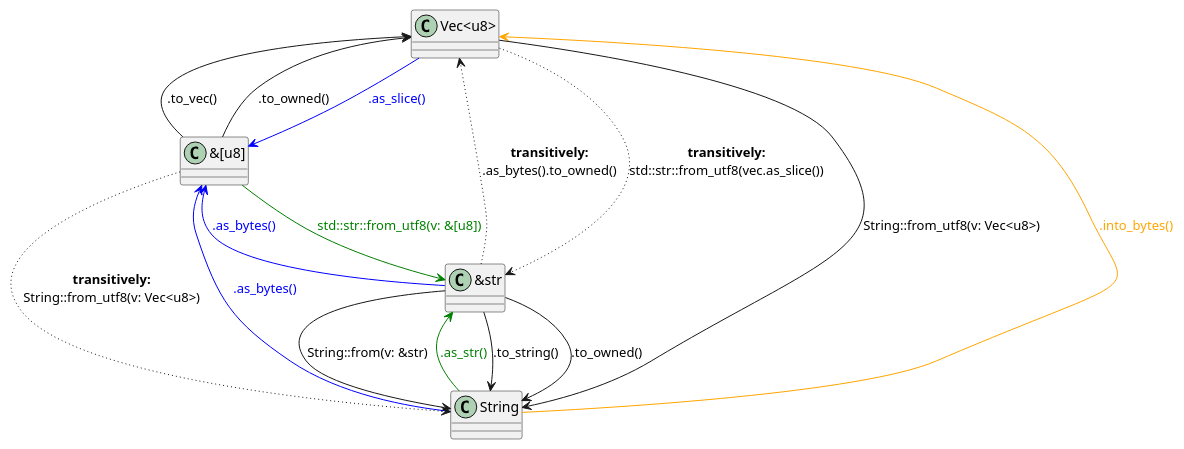
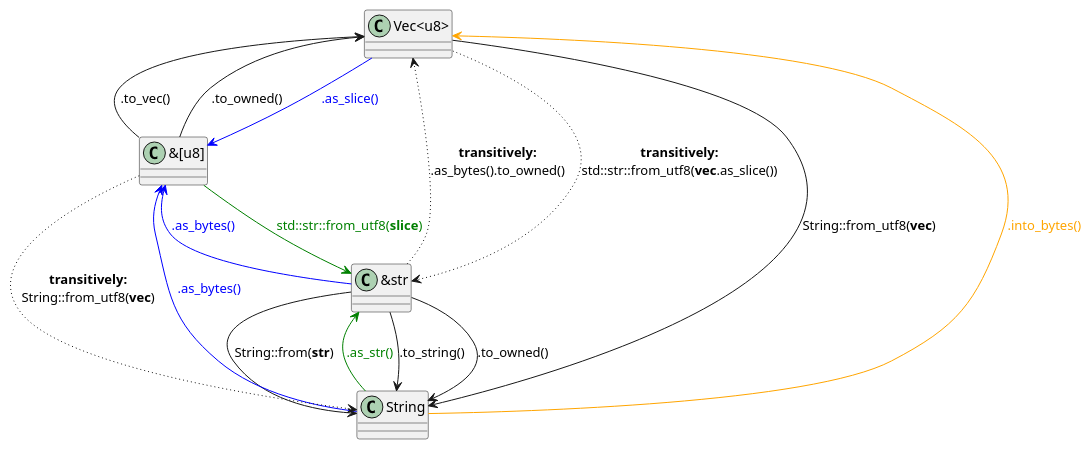
The diagram in collections/uml/conversions-strings-slices-vec.puml (carmenere/easy-rust), drawn with PlantUML before and after one commit.

Commit message:
iterators

```diff
--- a/collections/uml/conversions-strings-slices-vec.puml
+++ b/collections/uml/conversions-strings-slices-vec.puml
@@ -1,52 +1,52 @@
 @startuml
 allow_mixing
 
 class "Vec<u8>"
 class "&[u8]"
 class "String"
 class "&str"
 
 ''''''''''''''''''''''''''''''''''''''''''''''''
 'String -> ...
 ''''''''''''''''''''''''''''''''''''''''''''''''
 'String -> &str
 "String" -[#green]-> "&str" : <color:green>.as_str()</color>
 'String -> &[u8]
 "String" -[#blue]-> "&[u8]" : <color:blue>.as_bytes()</color>
 'String -> Vec<u8>
 "String" -[#orange]-> "Vec<u8>" : <color:orange>.into_bytes()</color>
 
 ''''''''''''''''''''''''''''''''''''''''''''''''
 '&str ->
 ''''''''''''''''''''''''''''''''''''''''''''''''
 '&str -> String
-"&str" --> "String" : String::from(v: &str)
+"&str" --> "String" : String::from(<b>str</b>)
 "&str" --> "String" : .to_string()
 "&str" --> "String" : .to_owned()
 '&str -> &[u8]
 "&str" -[#blue]-> "&[u8]" : <color:blue>.as_bytes()</color>
 '&str -> Vec<u8>
 "&str" -[dotted]-> "Vec<u8>" : <b>transitively:</b>\n.as_bytes().to_owned()
 
 ''''''''''''''''''''''''''''''''''''''''''''''''
 '&[u8] ->
 ''''''''''''''''''''''''''''''''''''''''''''''''
 '&[u8] -> Vec<u8>
 "&[u8]" --> "Vec<u8>" : .to_vec()
 "&[u8]" --> "Vec<u8>" : .to_owned()
 '&[u8] -> &str
-"&[u8]" -[#green]-> "&str" : <color:green>std::str::from_utf8(v: &[u8])</color>
+"&[u8]" -[#green]-> "&str" : <color:green>std::str::from_utf8(<b>slice</b>)</color>
 '&[u8] -> String
-"&[u8]" -[dotted]-> "String" : <b>transitively:</b>\nString::from_utf8(v: Vec<u8>)
+"&[u8]" -[dotted]-> "String" : <b>transitively:</b>\nString::from_utf8(<b>vec</b>)
 
 ''''''''''''''''''''''''''''''''''''''''''''''''
 'Vec<u8> ->
 ''''''''''''''''''''''''''''''''''''''''''''''''
 'Vec<u8> -> String
-"Vec<u8>" --> "String" : String::from_utf8(v: Vec<u8>)
+"Vec<u8>" --> "String" : String::from_utf8(<b>vec</b>)
 'Vec<u8> -> &str
-"Vec<u8>" -[dotted]-> "&str" : <b>transitively:</b>\nstd::str::from_utf8(vec.as_slice())
+"Vec<u8>" -[dotted]-> "&str" : <b>transitively:</b>\nstd::str::from_utf8(<b>vec</b>.as_slice())
 'Vec<u8> -> &[u8]
 "Vec<u8>" -[#blue]-> "&[u8]" : <color:blue>.as_slice()</color>
 
 @enduml
```
